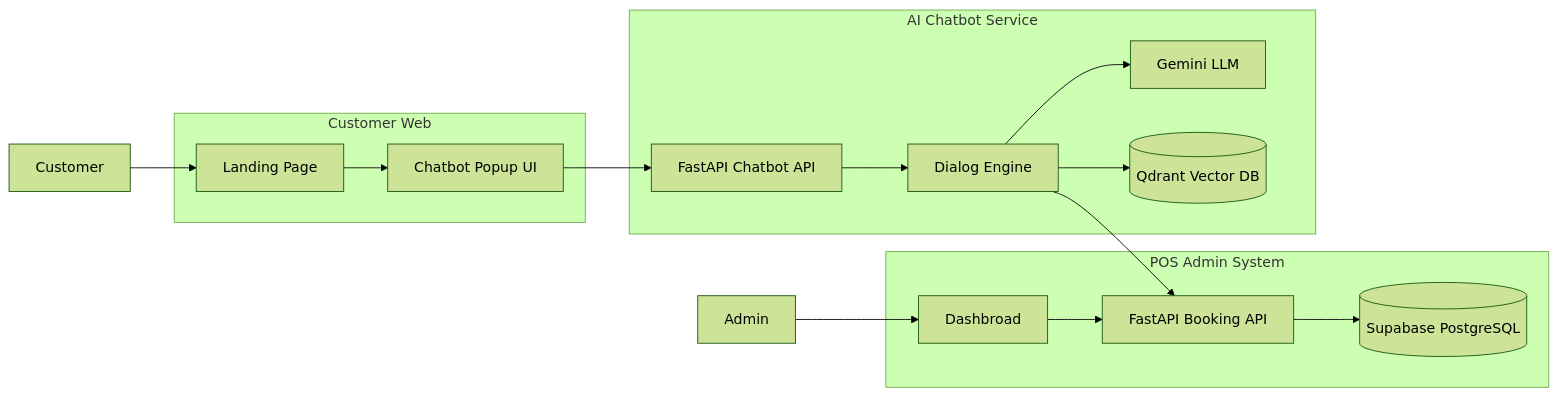
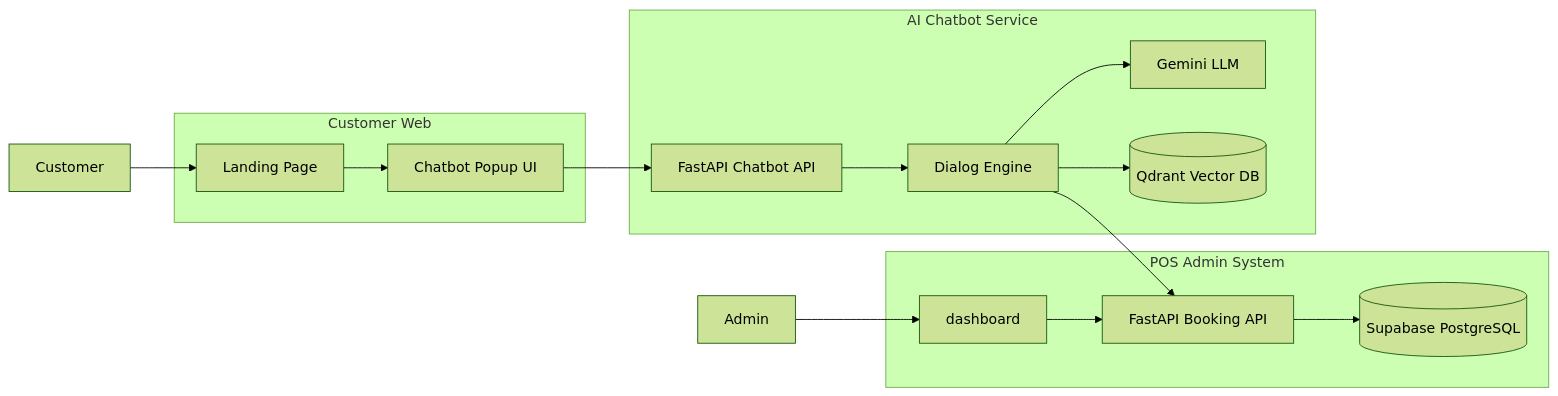
One commit to duy-debug/booking-AI-system changed the diagram in README.md. Above: the diagram before and after it, drawn with Mermaid (forest theme).

Commit message:
fix: correct typo in README dashboard label

````diff
--- a/README.md
+++ b/README.md
@@ -52,36 +52,36 @@
 ```mermaid
 flowchart LR
     Admin[Admin]
     Customer[Customer]
 
     subgraph Admin_System[POS Admin System]
-        AdminFE[Dashbroad]
+        AdminFE[dashboard]
         POS[FastAPI Booking API]
         DB[(Supabase PostgreSQL)]
     end
 
     subgraph Customer_Web[Customer Web]
         Landing[Landing Page]
         ChatPopup[Chatbot Popup UI]
     end
 
     subgraph AI_Service[AI Chatbot Service]
         ChatAPI[FastAPI Chatbot API]
         Dialog[Dialog Engine]
         Gemini[Gemini LLM]
         Qdrant[(Qdrant Vector DB)]
     end
 
     Admin --> AdminFE
     AdminFE --> POS
     POS --> DB
 
     Customer --> Landing
     Landing --> ChatPopup
     ChatPopup --> ChatAPI
 
     ChatAPI --> Dialog
     Dialog --> Gemini
     Dialog --> Qdrant
     Dialog --> POS
 ```
````
